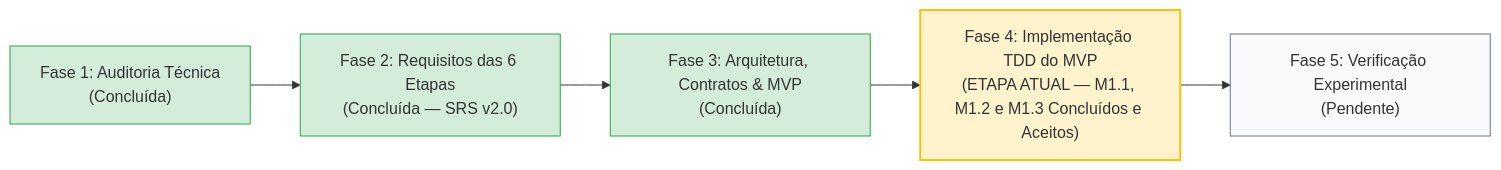
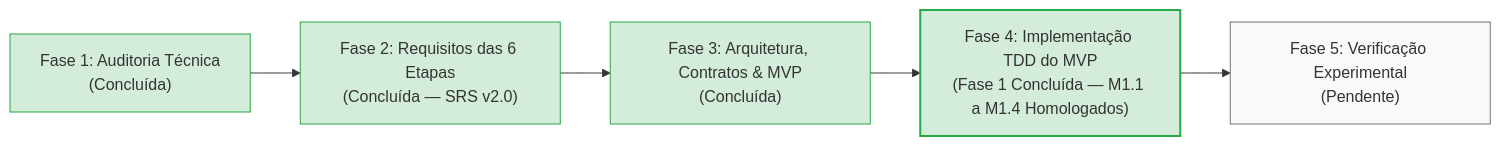
One commit to aleerangel/experimental-ml-framework changed the diagram in engenharia_software/ETAPA_ATUAL_ENGENHARIA.md. Above: the diagram before and after it, drawn with Mermaid. The commit also changed other lines of this file and 7 other files, not shown here.

Commit message:
docs(specs): homologar e encerrar marco m1-4-datasets-schemas

````diff
--- a/engenharia_software/ETAPA_ATUAL_ENGENHARIA.md
+++ b/engenharia_software/ETAPA_ATUAL_ENGENHARIA.md
@@ -19,13 +19,13 @@
 ```mermaid
 flowchart LR
     Fase1["Fase 1: Auditoria Técnica<br/>(Concluída)"] --> Fase2["Fase 2: Requisitos das 6 Etapas<br/>(Concluída — SRS v2.0)"]
     Fase2 --> Fase3["Fase 3: Arquitetura, Contratos & MVP<br/>(Concluída)"]
-    Fase3 --> Fase4["Fase 4: Implementação TDD do MVP<br/>(ETAPA ATUAL — M1.1, M1.2 e M1.3 Concluídos e Aceitos)"]
+    Fase3 --> Fase4["Fase 4: Implementação TDD do MVP<br/>(Fase 1 Concluída — M1.1 a M1.4 Homologados)"]
     Fase4 --> Fase5["Fase 5: Verificação Experimental<br/>(Pendente)"]
     
     style Fase1 fill:#d4edda,stroke:#28a745
     style Fase2 fill:#d4edda,stroke:#28a745
     style Fase3 fill:#d4edda,stroke:#28a745
-    style Fase4 fill:#fff3cd,stroke:#ffc107,stroke-width:2px
+    style Fase4 fill:#d4edda,stroke:#28a745,stroke-width:2px
     style Fase5 fill:#f8f9fa,stroke:#6c757d
 ```
````
